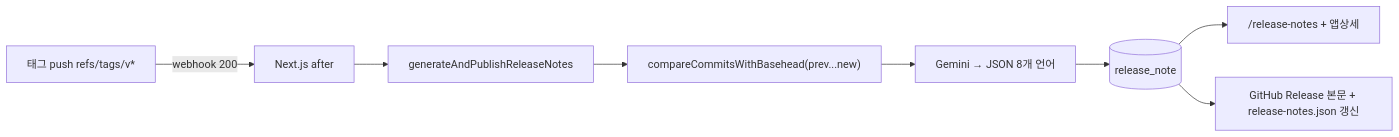
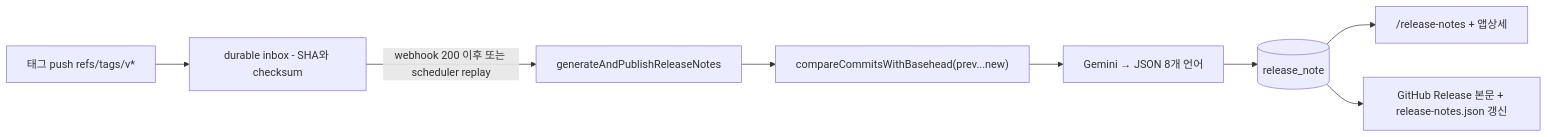
The second of 2 diagrams in docs/DEPLOY.md (seorilabs/seorilabs-backoffice), drawn with Mermaid before and after one commit. The commit also changed other lines of this file and 63 other files, not shown here.

````diff
--- a/docs/DEPLOY.md
+++ b/docs/DEPLOY.md
@@ -360,8 +363,8 @@
 ```mermaid
 flowchart LR
-  TAG["태그 push refs/tags/v*"] -->|webhook 200| AFTER["Next.js after"]
-  AFTER --> GEN["generateAndPublishReleaseNotes"]
+  TAG["태그 push refs/tags/v*"] --> INBOX["durable inbox - SHA와 checksum"]
+  INBOX -->|webhook 200 이후 또는 scheduler replay| GEN["generateAndPublishReleaseNotes"]
   GEN --> CMP["compareCommitsWithBasehead(prev...new)"] --> AI["Gemini → JSON 8개 언어"] --> DB[("release_note")]
   DB --> UI["/release-notes + 앱상세"]
   DB --> GH["GitHub Release 본문 + release-notes.json 갱신"]
 ```
````
